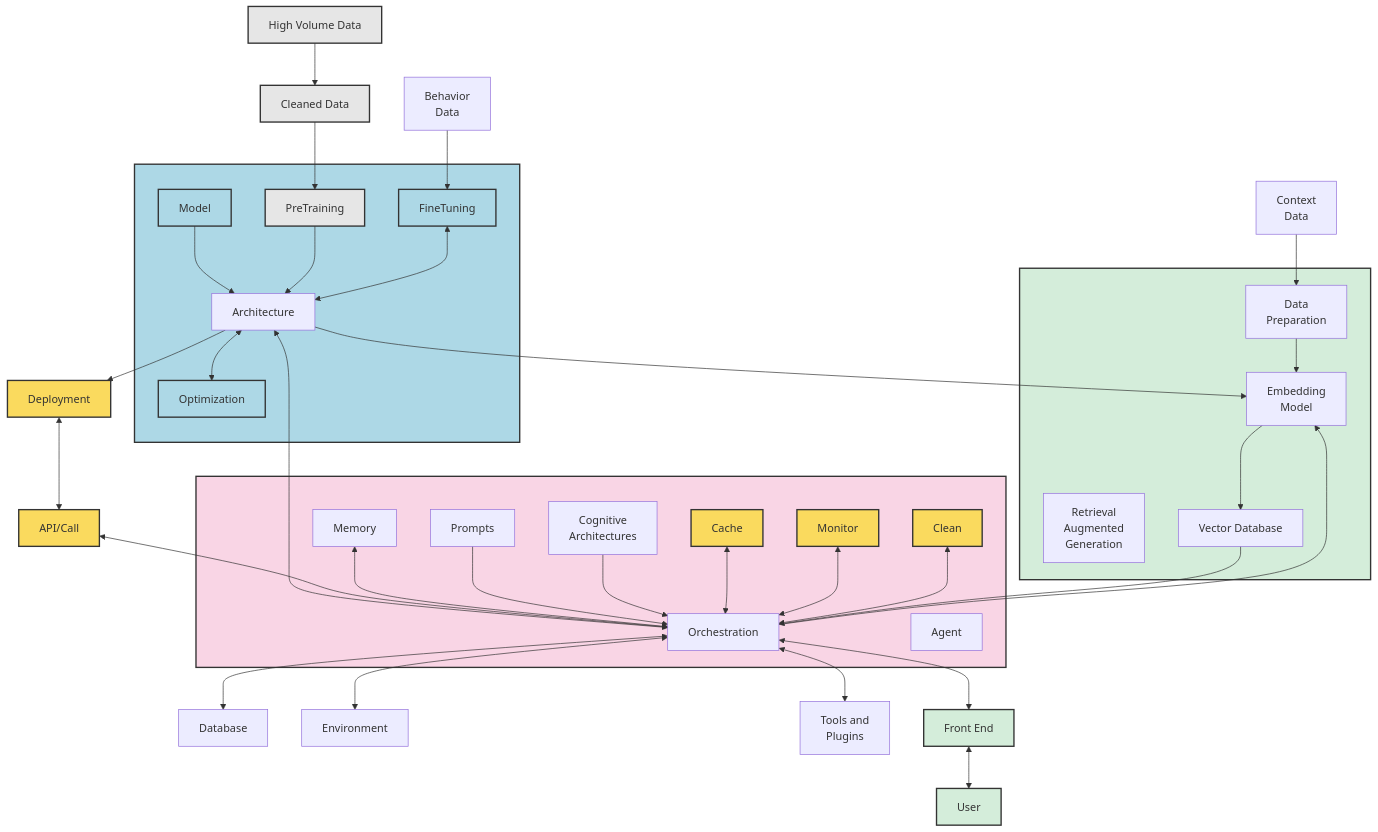
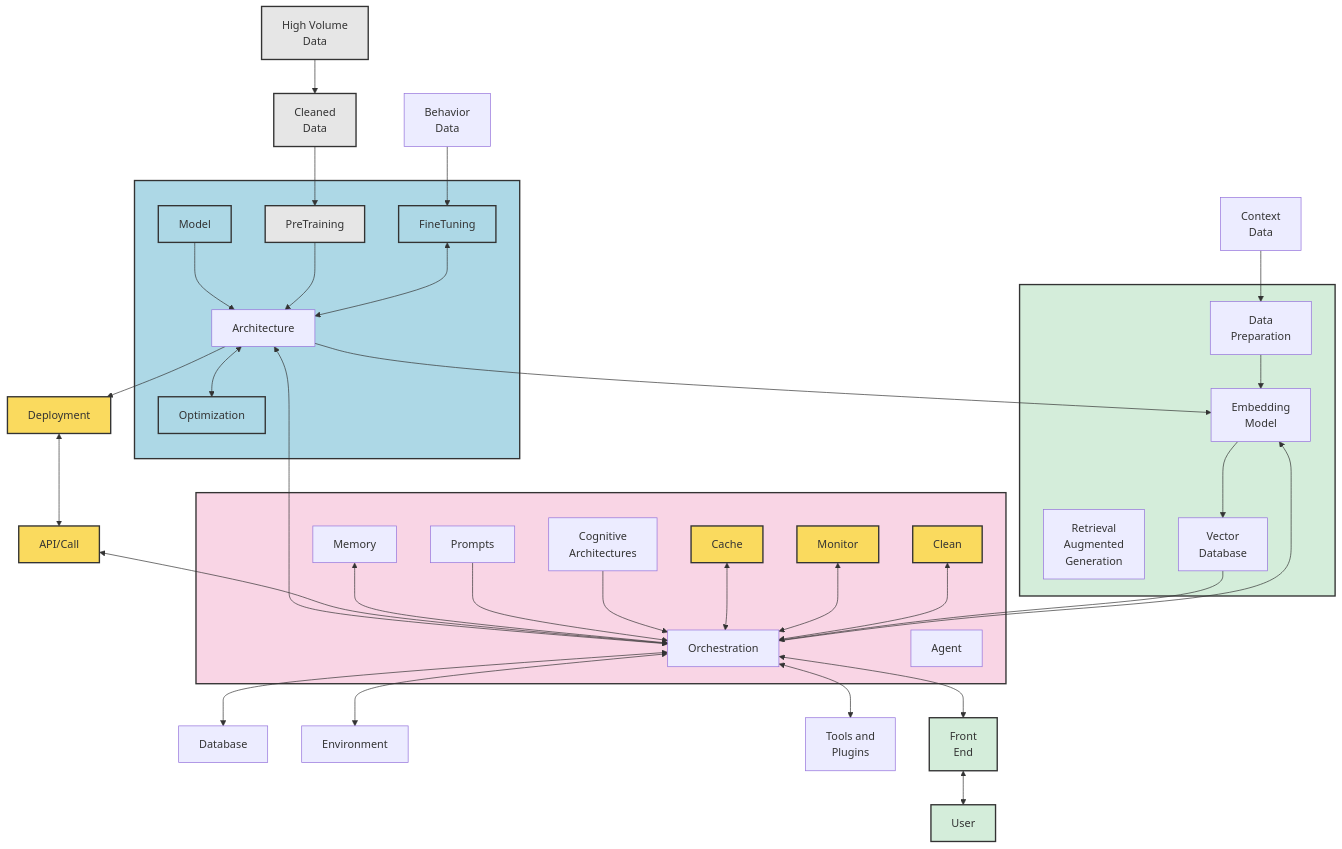
Before and after one commit to ianderrington/genai: the second of 2 diagrams in docs/Understanding/index.md, drawn with Mermaid. The commit also changed other lines of this file and 30 other files, not shown here.

````diff
--- a/docs/Understanding/index.md
+++ b/docs/Understanding/index.md
@@ -84,7 +79,7 @@
     ```mermaid
     graph TD
 
-      RawData[High Volume Data] --> DataCleaning[Cleaned Data]
+      RawData[High Volume<br>Data] --> DataCleaning[Cleaned<br>Data]
         DataCleaning --> PreTraining 
         subgraph LLMPreparation[" "]
             Model --> Architecture
@@ -93,7 +88,7 @@
             FineTuning <--> Architecture
             Architecture <--> Optimization 
         end
-        BehaviorData[Behavior \n Data] --> FineTuning
+        BehaviorData[Behavior<br>Data] --> FineTuning
         Architecture --> EmbeddingModel
 
         Architecture <--> Orchestration
@@ -108,7 +103,7 @@
             Orchestration
             Memory <--> Orchestration
             Prompts --> Orchestration
-            CognitiveArchitectures[Cognitive\n Architectures] --> Orchestration
+            CognitiveArchitectures[Cognitive<br>Architectures] --> Orchestration
             Cache <--> Orchestration        
             Monitor <--> Orchestration        
             Clean <--> Orchestration   
@@ -117,21 +112,21 @@
         
         Orchestration <--> Database
         Orchestration <--> Environment
-        Orchestration <--> Tools[Tools and \n Plugins]
+        Orchestration <--> Tools[Tools and<br>Plugins]
         
 
         subgraph memory[" "]
-            RAG[Retrieval \n Augmented \n Generation]
-            DataPipeline[Data\n Preparation] --> EmbeddingModel[Embedding \n Model]         
+            RAG[Retrieval<br>Augmented<br>Generation]
+            DataPipeline[Data<br>Preparation] --> EmbeddingModel[Embedding<br>Model]         
             Orchestration --> EmbeddingModel
-            VectorDatabase --> Orchestration
+            VectorDatabase[Vector<br>Database] --> Orchestration
         end
 
-        ContextData[Context\n Data] --> DataPipeline
+        ContextData[Context<br>Data] --> DataPipeline
 
-        EmbeddingModel --> VectorDatabase[Vector Database]
+        EmbeddingModel --> VectorDatabase
                 Orchestration <--> FrontEnd
-        FrontEnd[Front End] <--> User
+        FrontEnd[Front<br>End] <--> User
 
         
         classDef dataColor fill:#e6e6e6,stroke:#333,stroke-width:2px;
````
